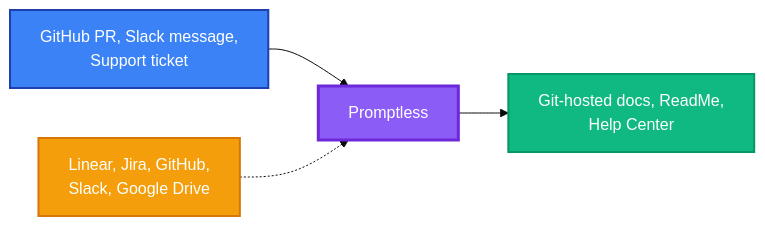
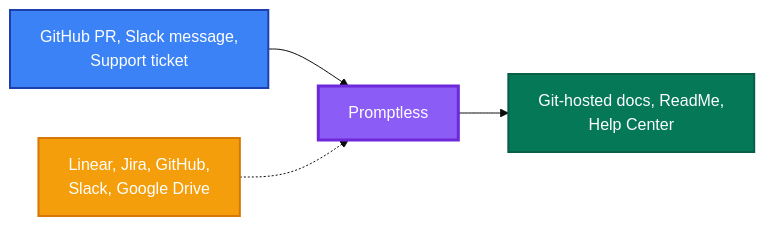
The diagram in fern/docs/index.mdx (Promptless/docs), drawn with Mermaid (base theme) before and after one commit.

Commit message:
Darken green in welcome page diagram for accessibility

````diff
--- a/fern/docs/index.mdx
+++ b/fern/docs/index.mdx
@@ -26,16 +26,16 @@
 ```mermaid
 graph LR
     TRIGGERS["GitHub PR, Slack message,<br/>Support ticket"]
     CONTEXT["Linear, Jira, GitHub,<br/>Slack, Google Drive"]
     DOCS["Git-hosted docs, ReadMe,<br/>Help Center"]
     
     TRIGGERS --> PROMPTLESS
     PROMPTLESS["Promptless"]
     CONTEXT -.-> PROMPTLESS
     PROMPTLESS --> DOCS
     
     style TRIGGERS fill:#3b82f6,stroke:#1e40af,stroke-width:2px,color:#fff
     style CONTEXT fill:#f59e0b,stroke:#d97706,stroke-width:2px,color:#fff
-    style DOCS fill:#10b981,stroke:#059669,stroke-width:2px,color:#fff
+    style DOCS fill:#047857,stroke:#065f46,stroke-width:2px,color:#fff
     style PROMPTLESS fill:#8b5cf6,stroke:#6d28d9,stroke-width:3px,color:#fff
 ```
````
